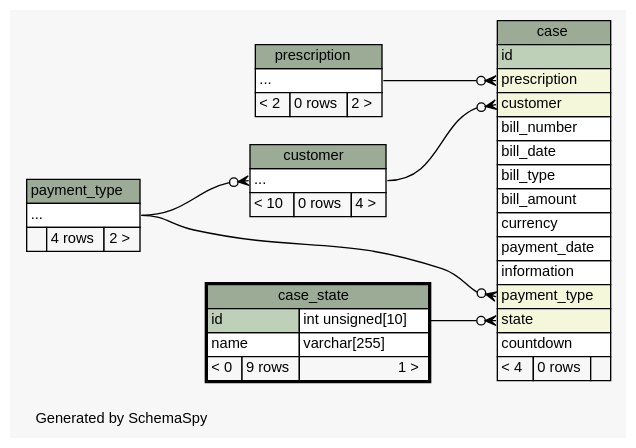
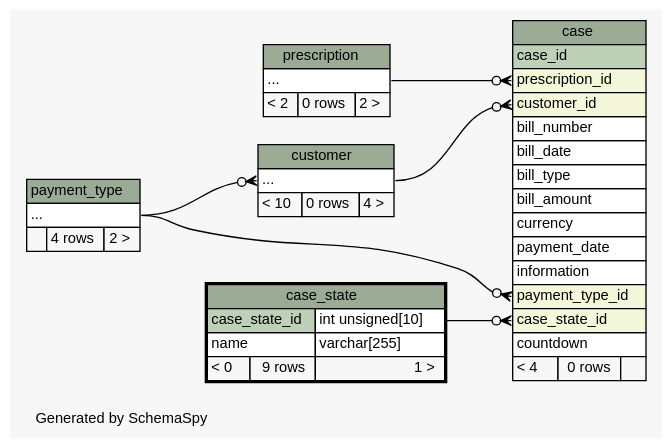
One commit to KaiBMP/KaiBMP.github.io changed the diagram in diagrams/case_state.2degrees.dot. Above: the diagram before and after it, drawn with Graphviz. The commit also changed 170 other files, not shown here.

Commit message:
schemaspy update

```diff
--- a/diagrams/case_state.2degrees.dot
+++ b/diagrams/case_state.2degrees.dot
@@ -1,90 +1,90 @@
 // dot 2.40.1 on Linux 5.3.0-28-generic
 // SchemaSpy rev 590
 digraph "twoDegreesRelationshipsDiagram" {
   graph [
     rankdir="RL"
     bgcolor="#f7f7f7"
     label="\nGenerated by SchemaSpy"
     labeljust="l"
     nodesep="0.18"
     ranksep="0.46"
     fontname="Helvetica"
     fontsize="11"
   ];
   node [
     fontname="Helvetica"
     fontsize="11"
     shape="plaintext"
   ];
   edge [
     arrowsize="0.8"
   ];
-  "case":"customer":w -> "customer":"elipses":e [arrowhead=none dir=back arrowtail=crowodot];
-  "case":"payment_type":w -> "payment_type":"elipses":e [arrowhead=none dir=back arrowtail=crowodot];
-  "case":"prescription":w -> "prescription":"elipses":e [arrowhead=none dir=back arrowtail=crowodot];
-  "case":"state":w -> "case_state":"id.type":e [arrowhead=none dir=back arrowtail=crowodot];
+  "case":"case_state_id":w -> "case_state":"case_state_id.type":e [arrowhead=none dir=back arrowtail=crowodot];
+  "case":"customer_id":w -> "customer":"elipses":e [arrowhead=none dir=back arrowtail=crowodot];
+  "case":"payment_type_id":w -> "payment_type":"elipses":e [arrowhead=none dir=back arrowtail=crowodot];
+  "case":"prescription_id":w -> "prescription":"elipses":e [arrowhead=none dir=back arrowtail=crowodot];
   "customer":"elipses":w -> "payment_type":"elipses":e [arrowhead=none dir=back arrowtail=crowodot];
   "case" [
     label=<
     <TABLE BORDER="0" CELLBORDER="1" CELLSPACING="0" BGCOLOR="#ffffff">
       <TR><TD COLSPAN="3" BGCOLOR="#9bab96" ALIGN="CENTER">case</TD></TR>
-      <TR><TD PORT="id" COLSPAN="3" BGCOLOR="#bed1b8" ALIGN="LEFT">id</TD></TR>
-      <TR><TD PORT="prescription" COLSPAN="3" BGCOLOR="#f4f7da" ALIGN="LEFT">prescription</TD></TR>
-      <TR><TD PORT="customer" COLSPAN="3" BGCOLOR="#f4f7da" ALIGN="LEFT">customer</TD></TR>
+      <TR><TD PORT="case_id" COLSPAN="3" BGCOLOR="#bed1b8" ALIGN="LEFT">case_id</TD></TR>
+      <TR><TD PORT="prescription_id" COLSPAN="3" BGCOLOR="#f4f7da" ALIGN="LEFT">prescription_id</TD></TR>
+      <TR><TD PORT="customer_id" COLSPAN="3" BGCOLOR="#f4f7da" ALIGN="LEFT">customer_id</TD></TR>
       <TR><TD PORT="bill_number" COLSPAN="3" ALIGN="LEFT">bill_number</TD></TR>
       <TR><TD PORT="bill_date" COLSPAN="3" ALIGN="LEFT">bill_date</TD></TR>
       <TR><TD PORT="bill_type" COLSPAN="3" ALIGN="LEFT">bill_type</TD></TR>
       <TR><TD PORT="bill_amount" COLSPAN="3" ALIGN="LEFT">bill_amount</TD></TR>
       <TR><TD PORT="currency" COLSPAN="3" ALIGN="LEFT">currency</TD></TR>
       <TR><TD PORT="payment_date" COLSPAN="3" ALIGN="LEFT">payment_date</TD></TR>
       <TR><TD PORT="information" COLSPAN="3" ALIGN="LEFT">information</TD></TR>
-      <TR><TD PORT="payment_type" COLSPAN="3" BGCOLOR="#f4f7da" ALIGN="LEFT">payment_type</TD></TR>
-      <TR><TD PORT="state" COLSPAN="3" BGCOLOR="#f4f7da" ALIGN="LEFT">state</TD></TR>
+      <TR><TD PORT="payment_type_id" COLSPAN="3" BGCOLOR="#f4f7da" ALIGN="LEFT">payment_type_id</TD></TR>
+      <TR><TD PORT="case_state_id" COLSPAN="3" BGCOLOR="#f4f7da" ALIGN="LEFT">case_state_id</TD></TR>
       <TR><TD PORT="countdown" COLSPAN="3" ALIGN="LEFT">countdown</TD></TR>
       <TR><TD ALIGN="LEFT" BGCOLOR="#f7f7f7">&lt; 4</TD><TD ALIGN="RIGHT" BGCOLOR="#f7f7f7">0 rows</TD><TD ALIGN="RIGHT" BGCOLOR="#f7f7f7">  </TD></TR>
     </TABLE>>
     URL="case.html"
     tooltip="case"
   ];
   "case_state" [
     label=<
     <TABLE BORDER="2" CELLBORDER="1" CELLSPACING="0" BGCOLOR="#ffffff">
       <TR><TD COLSPAN="3" BGCOLOR="#9bab96" ALIGN="CENTER">case_state</TD></TR>
-      <TR><TD PORT="id" COLSPAN="2" BGCOLOR="#bed1b8" ALIGN="LEFT">id</TD><TD PORT="id.type" ALIGN="LEFT">int unsigned[10]</TD></TR>
+      <TR><TD PORT="case_state_id" COLSPAN="2" BGCOLOR="#bed1b8" ALIGN="LEFT">case_state_id</TD><TD PORT="case_state_id.type" ALIGN="LEFT">int unsigned[10]</TD></TR>
       <TR><TD PORT="name" COLSPAN="2" ALIGN="LEFT">name</TD><TD PORT="name.type" ALIGN="LEFT">varchar[255]</TD></TR>
       <TR><TD ALIGN="LEFT" BGCOLOR="#f7f7f7">&lt; 0</TD><TD ALIGN="RIGHT" BGCOLOR="#f7f7f7">9 rows</TD><TD ALIGN="RIGHT" BGCOLOR="#f7f7f7">1 &gt;</TD></TR>
     </TABLE>>
     URL="case_state.html"
     tooltip="case_state"
   ];
   "customer" [
     label=<
     <TABLE BORDER="0" CELLBORDER="1" CELLSPACING="0" BGCOLOR="#ffffff">
       <TR><TD COLSPAN="3" BGCOLOR="#9bab96" ALIGN="CENTER">customer</TD></TR>
       <TR><TD PORT="elipses" COLSPAN="3" ALIGN="LEFT">...</TD></TR>
       <TR><TD ALIGN="LEFT" BGCOLOR="#f7f7f7">&lt; 10</TD><TD ALIGN="RIGHT" BGCOLOR="#f7f7f7">0 rows</TD><TD ALIGN="RIGHT" BGCOLOR="#f7f7f7">4 &gt;</TD></TR>
     </TABLE>>
     URL="customer.html"
     tooltip="customer"
   ];
   "payment_type" [
     label=<
     <TABLE BORDER="0" CELLBORDER="1" CELLSPACING="0" BGCOLOR="#ffffff">
       <TR><TD COLSPAN="3" BGCOLOR="#9bab96" ALIGN="CENTER">payment_type</TD></TR>
       <TR><TD PORT="elipses" COLSPAN="3" ALIGN="LEFT">...</TD></TR>
       <TR><TD ALIGN="LEFT" BGCOLOR="#f7f7f7">  </TD><TD ALIGN="RIGHT" BGCOLOR="#f7f7f7">4 rows</TD><TD ALIGN="RIGHT" BGCOLOR="#f7f7f7">2 &gt;</TD></TR>
     </TABLE>>
     URL="payment_type.html"
     tooltip="payment_type"
   ];
   "prescription" [
     label=<
     <TABLE BORDER="0" CELLBORDER="1" CELLSPACING="0" BGCOLOR="#ffffff">
       <TR><TD COLSPAN="3" BGCOLOR="#9bab96" ALIGN="CENTER">prescription</TD></TR>
       <TR><TD PORT="elipses" COLSPAN="3" ALIGN="LEFT">...</TD></TR>
       <TR><TD ALIGN="LEFT" BGCOLOR="#f7f7f7">&lt; 2</TD><TD ALIGN="RIGHT" BGCOLOR="#f7f7f7">0 rows</TD><TD ALIGN="RIGHT" BGCOLOR="#f7f7f7">2 &gt;</TD></TR>
     </TABLE>>
     URL="prescription.html"
     tooltip="prescription"
   ];
 }
```
